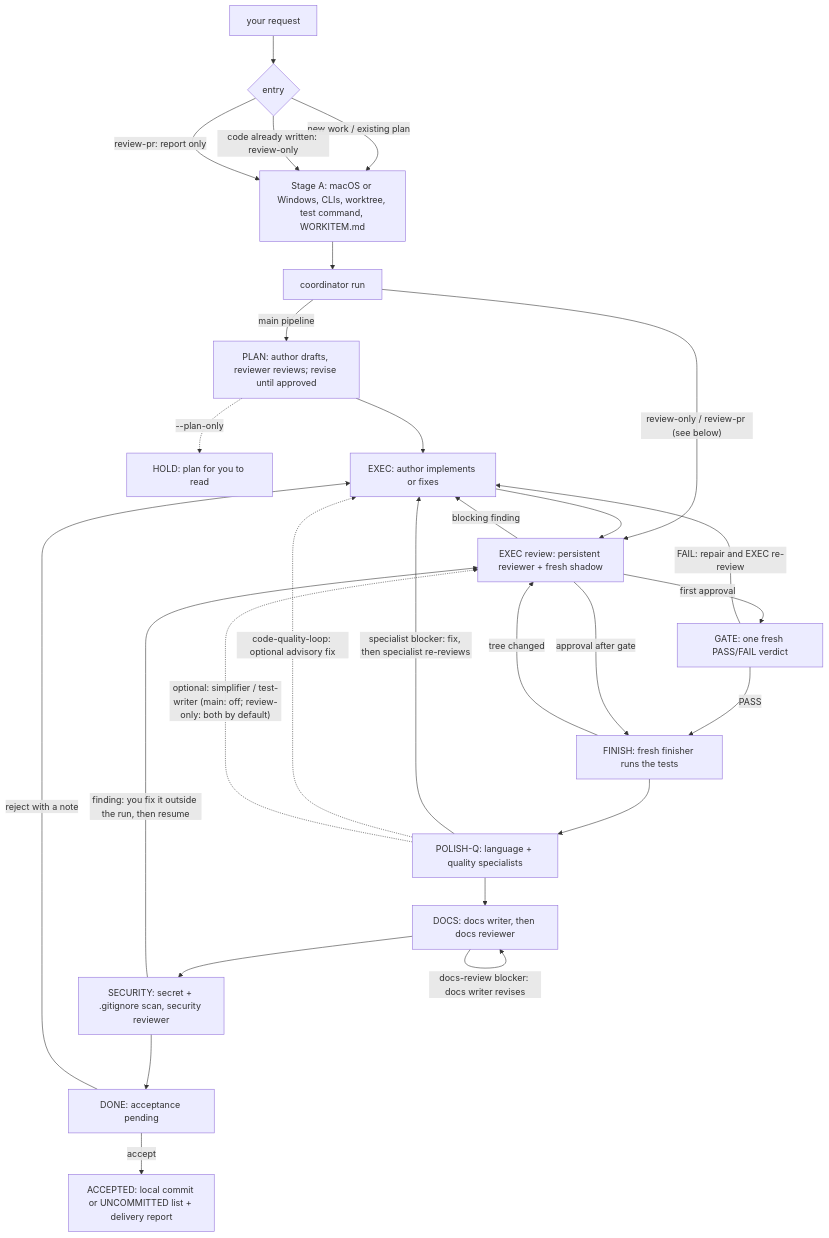
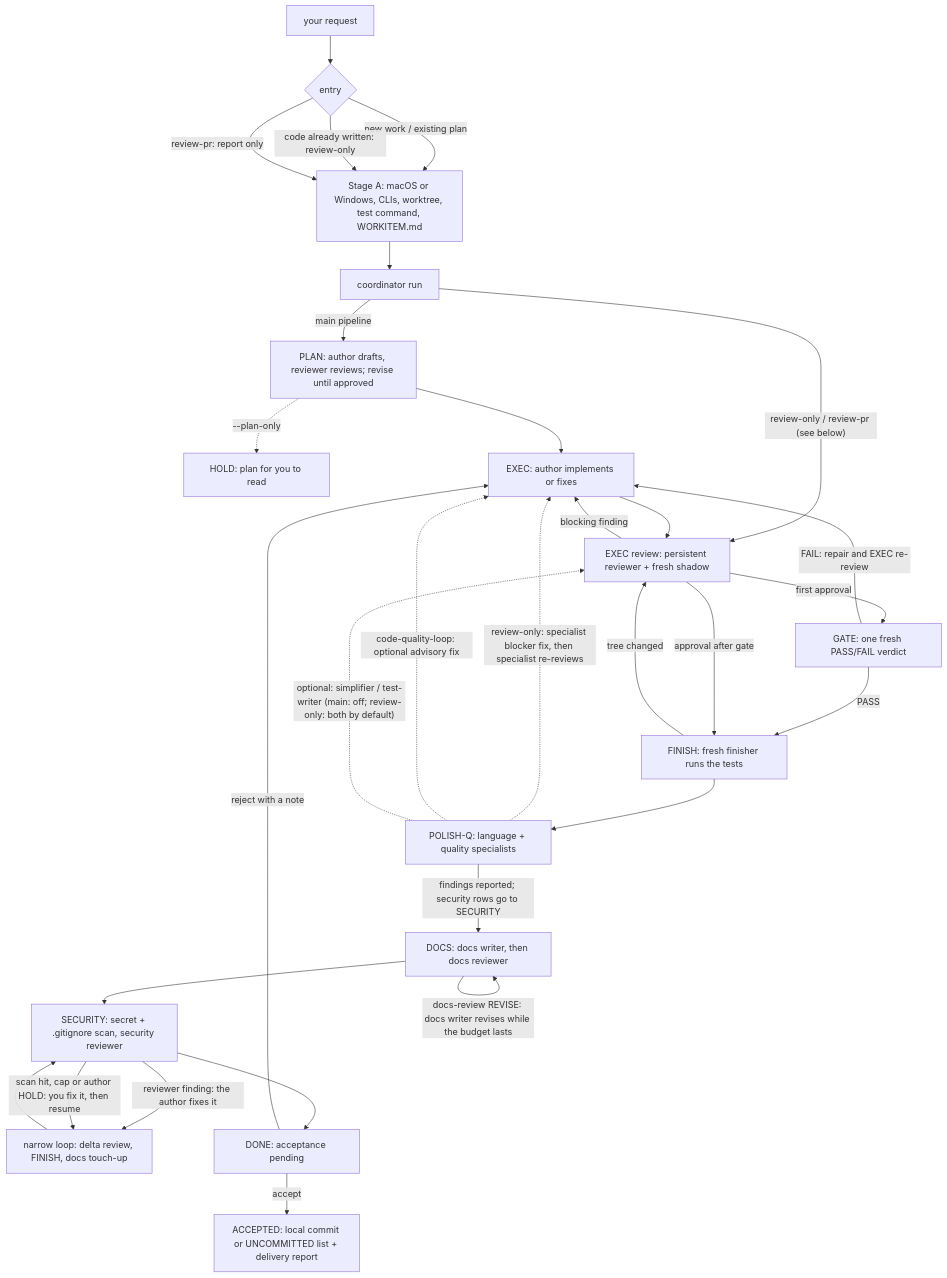
One commit to NYTC69/review-loop changed the diagram in README.md. Above: the diagram before and after it, drawn with Mermaid. The commit also changed other lines of this file and 13 other files, not shown here.

First line of the commit message:
feat(paired-session): WI-POSTGATE step 3 — BACKLOG rows under their priority sections and only open rows; migration failure HOLDs; DOCS-spent audit fields; docs, CHANGELOG, v3.17.0

````diff
--- a/README.md
+++ b/README.md
@@ -253,30 +269,32 @@
 ```mermaid
 flowchart TD
   U["your request"] --> E{"entry"}
   E -->|"new work / existing plan"| SA
   E -->|"code already written: review-only"| SA
   E -->|"review-pr: report only"| SA
   SA["Stage A: macOS or Windows, CLIs, worktree, test command, WORKITEM.md"] --> RUN["coordinator run"]
   RUN -->|"main pipeline"| PLAN["PLAN: author drafts, reviewer reviews; revise until approved"]
   RUN -->|"review-only / review-pr (see below)"| REV
   PLAN -.->|"--plan-only"| HP["HOLD: plan for you to read"]
   PLAN --> AUTH["EXEC: author implements or fixes"]
   AUTH --> REV["EXEC review: persistent reviewer + fresh shadow"]
   REV -->|"blocking finding"| AUTH
   REV -->|"first approval"| G["GATE: one fresh PASS/FAIL verdict"]
   G -->|"FAIL: repair and EXEC re-review"| AUTH
   G -->|"PASS"| F["FINISH: fresh finisher runs the tests"]
   REV -->|"approval after gate"| F
   F -->|"tree changed"| REV
   F --> Q["POLISH-Q: language + quality specialists"]
-  Q -->|"specialist blocker: fix, then specialist re-reviews"| AUTH
+  Q -.->|"review-only: specialist blocker fix, then specialist re-reviews"| AUTH
   Q -.->|"code-quality-loop: optional advisory fix"| AUTH
   Q -.->|"optional: simplifier / test-writer (main: off; review-only: both by default)"| REV
-  Q --> D["DOCS: docs writer, then docs reviewer"]
-  D -->|"docs-review blocker: docs writer revises"| D
+  Q -->|"findings reported; security rows go to SECURITY"| D["DOCS: docs writer, then docs reviewer"]
+  D -->|"docs-review REVISE: docs writer revises while the budget lasts"| D
   D --> S["SECURITY: secret + .gitignore scan, security reviewer"]
-  S -->|"finding: you fix it outside the run, then resume"| REV
+  S -->|"reviewer finding: the author fixes it"| SF["narrow loop: delta review, FINISH, docs touch-up"]
+  S -->|"scan hit, cap or author HOLD: you fix it, then resume"| SF
+  SF --> S
   S --> DONE["DONE: acceptance pending"]
   DONE -->|"accept"| ACC["ACCEPTED: local commit or UNCOMMITTED list + delivery report"]
   DONE -->|"reject with a note"| AUTH
 ```
````
